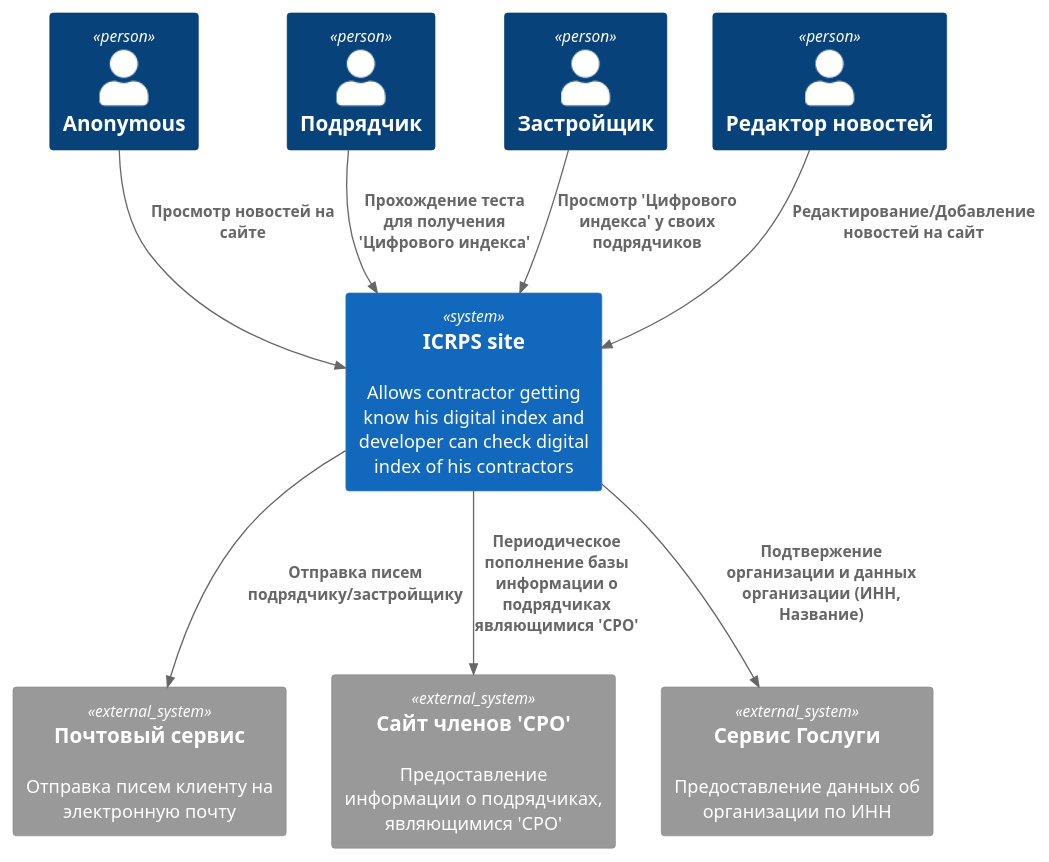
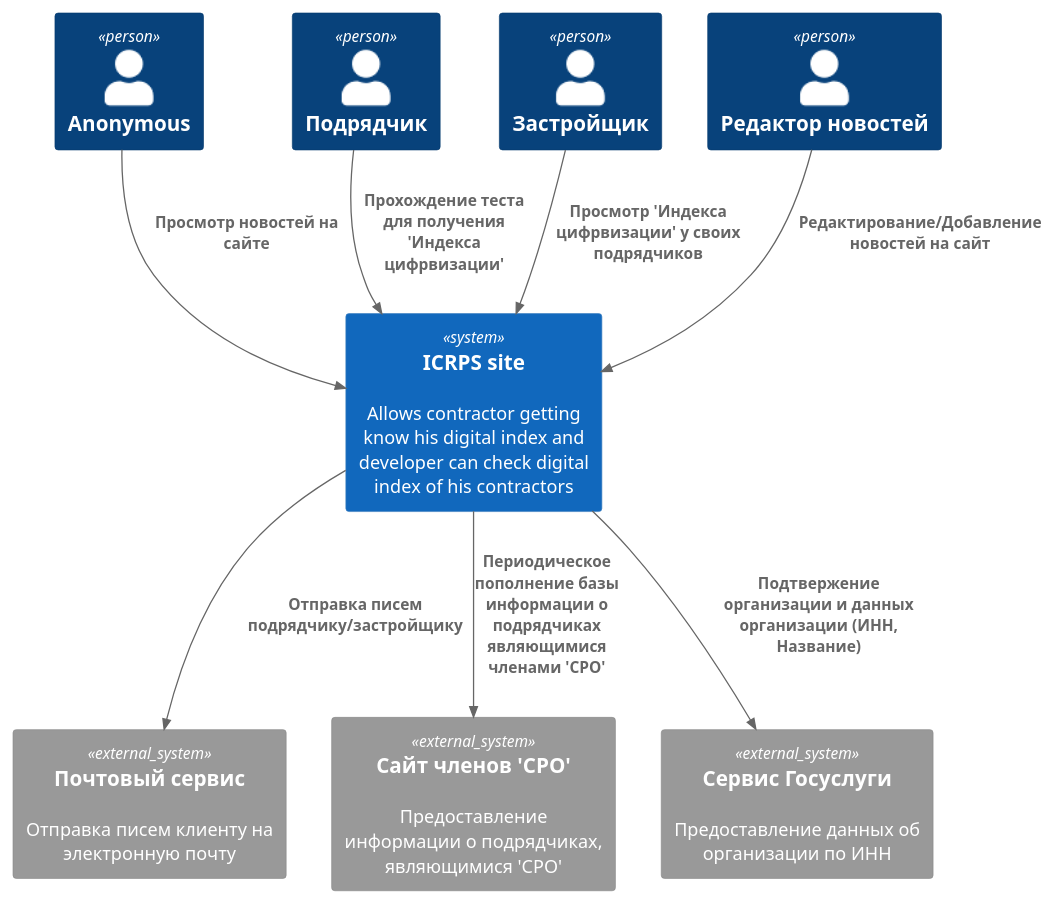
The diagram in docs/c4/1-context.puml (UsingCoding/ICRPS-docs), drawn with PlantUML before and after one commit. The commit also changed 3 other files, not shown here.

```diff
--- a/docs/c4/1-context.puml
+++ b/docs/c4/1-context.puml
@@ -1,23 +1,23 @@
 @startuml context-level
 !include https://raw.githubusercontent.com/plantuml-stdlib/C4-PlantUML/master/C4_Context.puml
 
 Person(user_anonymous, "Anonymous")
 Person(user_contractor, "Подрядчик")
 Person(user_developer, "Застройщик")
 Person(user_news_editor, "Редактор новостей")
 
 System(system_site, "ICRPS site", "Allows contractor getting know his digital index and developer can check digital index of his contractors")
 
 System_Ext(system_email, "Почтовый сервис", "Отправка писем клиенту на электронную почту")
 System_Ext(system_sro_site, "Сайт членов 'СРО'", "Предоставление информации о подрядчиках, являющимися 'СРО'")
-System_Ext(system_esia, "Сервис Гослуги", "Предоставление данных об организации по ИНН")
+System_Ext(system_esia, "Сервис Госуслуги", "Предоставление данных об организации по ИНН")
 
 Rel(user_anonymous, system_site, "Просмотр новостей на сайте")
-Rel(user_contractor, system_site, "Прохождение теста для получения 'Цифрового индекса'")
-Rel(user_developer, system_site, "Просмотр 'Цифрового индекса' у своих подрядчиков")
+Rel(user_contractor, system_site, "Прохождение теста для получения 'Индекса цифрвизации'")
+Rel(user_developer, system_site, "Просмотр 'Индекса цифрвизации' у своих подрядчиков")
 Rel(user_news_editor, system_site, "Редактирование/Добавление новостей на сайт")
 Rel(system_site, system_email, "Отправка писем подрядчику/застройщику")
-Rel(system_site, system_sro_site, "Периодическое пополнение базы информации о подрядчиках являющимися 'СРО'")
+Rel(system_site, system_sro_site, "Периодическое пополнение базы информации о подрядчиках являющимися членами 'СРО'")
 Rel(system_site, system_esia, "Подтвержение организации и данных организации (ИНН, Название)")
 
 @enduml
```
